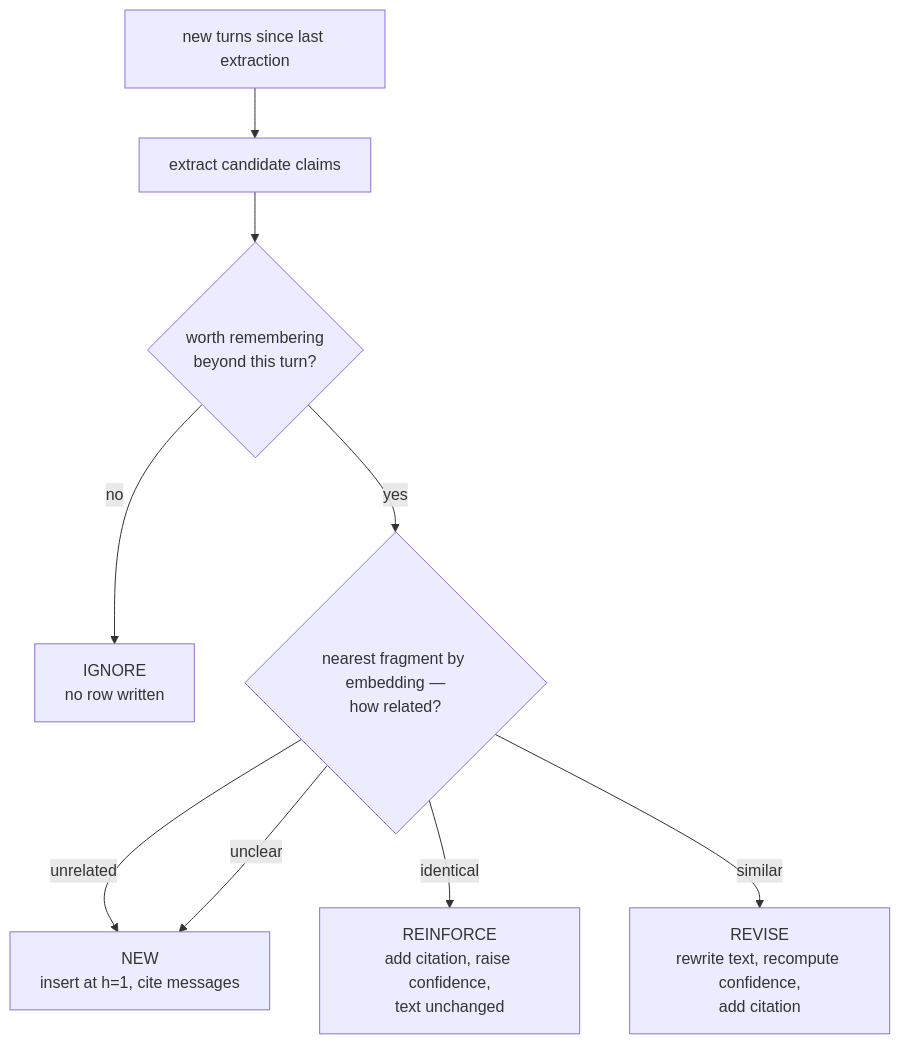
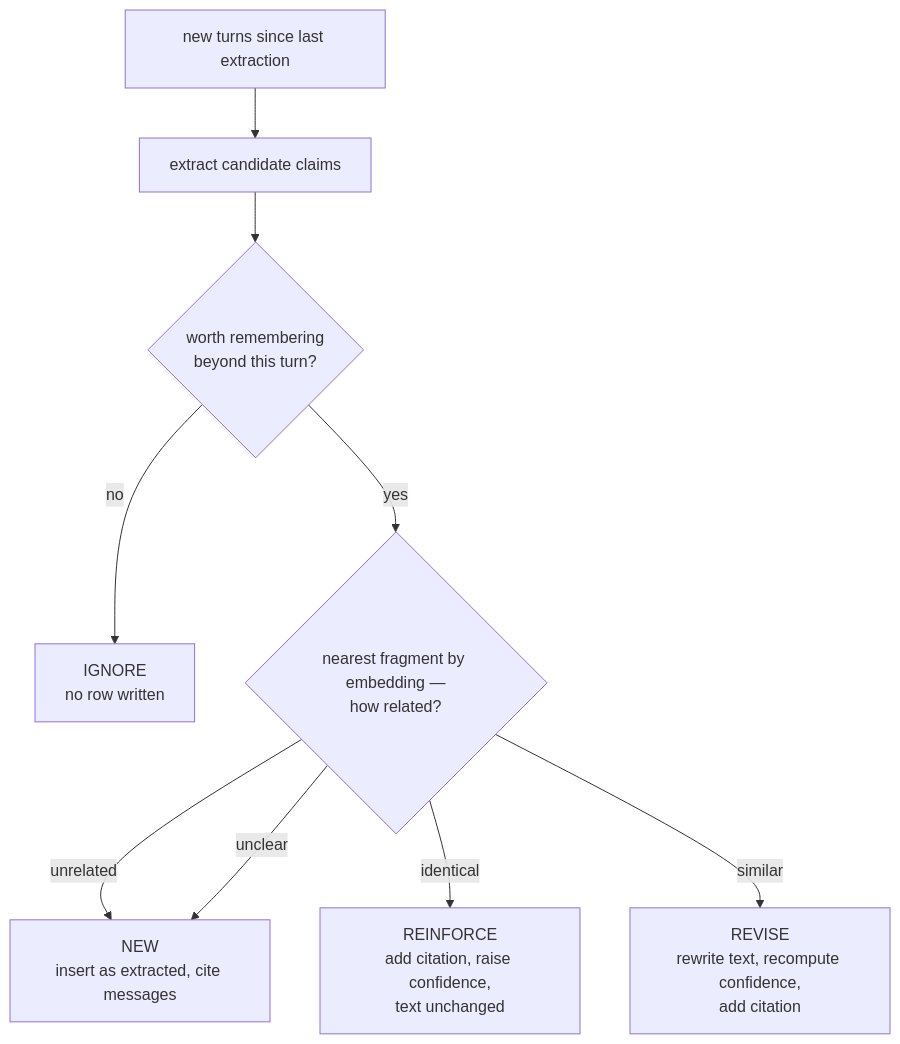
Before and after one commit to Alorcus/agent_project: the sixth of 12 diagrams in docs/plans/memory-and-groups.md, drawn with Mermaid. The commit also changed other lines of this file, not shown here.

````diff
--- a/docs/plans/memory-and-groups.md
+++ b/docs/plans/memory-and-groups.md
@@ -517,11 +601,11 @@
 ```mermaid
 flowchart TD
     turn["new turns since last extraction"] --> claims["extract candidate claims"]
     claims --> q0{"worth remembering<br/>beyond this turn?"}
     q0 -->|no| ignore["IGNORE<br/>no row written"]
     q0 -->|yes| match{"nearest fragment by embedding —<br/>how related?"}
-    match -->|unrelated| new["NEW<br/>insert at h=1, cite messages"]
+    match -->|unrelated| new["NEW<br/>insert as extracted, cite messages"]
     match -->|identical| reinforce["REINFORCE<br/>add citation, raise confidence,<br/>text unchanged"]
     match -->|similar| revise["REVISE<br/>rewrite text, recompute confidence,<br/>add citation"]
     match -->|unclear| new
 ```
````
